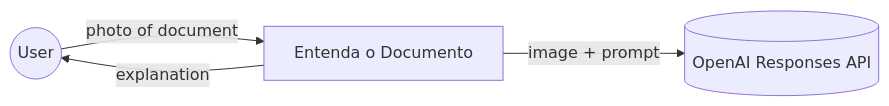
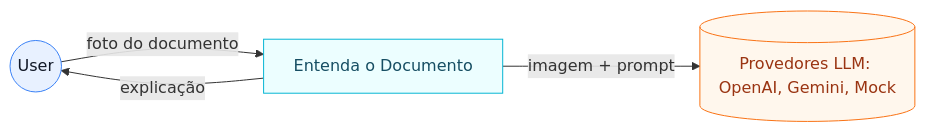
The diagram in docs/architecture/diagrams/C1.md (raferbati-br/entenda-o-documento), drawn with Mermaid before and after one commit. The commit also changed other lines of this file and 26 other files, not shown here.

````diff
--- a/docs/architecture/diagrams/C1.md
+++ b/docs/architecture/diagrams/C1.md
@@ -7,6 +7,20 @@
 ```mermaid
 flowchart LR
-  User((User)) -->|photo of document| App[Entenda o Documento]
-  App -->|image + prompt| OpenAI[(OpenAI Responses API)]
-  App -->|explanation| User
+  %% Atores e sistema
+  User((User))
+  App[Entenda o Documento]
+  LLM[(Provedores LLM: OpenAI, Gemini, Mock)]
+
+  User -->|foto do documento| App
+  App -->|imagem + prompt| LLM
+  App -->|explicação| User
+
+  %% Cores
+  classDef actor fill:#e8f1ff,stroke:#3b82f6,stroke-width:1px,color:#111827;
+  classDef system fill:#ecfeff,stroke:#06b6d4,stroke-width:1px,color:#164e63;
+  classDef external fill:#fff7ed,stroke:#f97316,stroke-width:1px,color:#9a3412;
+
+  class User actor;
+  class App system;
+  class LLM external;
 ```
````
